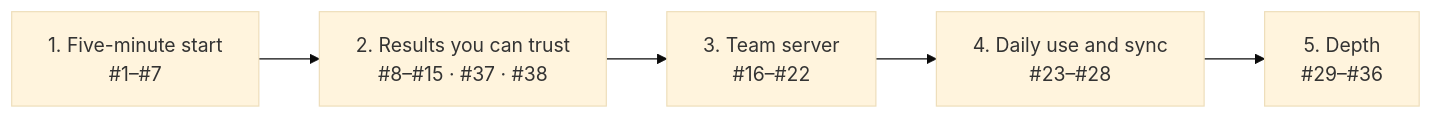
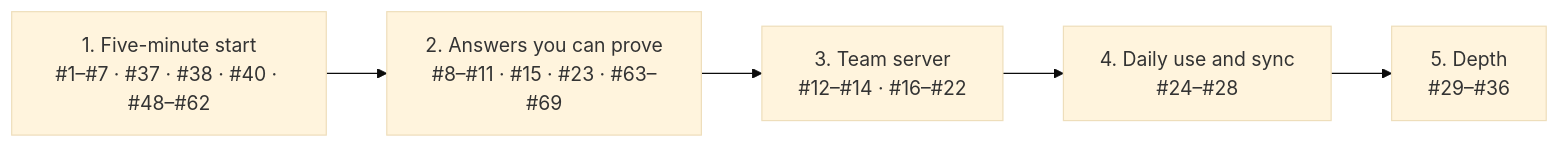
The second of 3 diagrams in docs/IMPROVEMENTS.md (boudou/StrataKB), drawn with Mermaid (base theme) before and after one commit. The commit also changed other lines of this file and 1 other file, not shown here.

Commit message:
Add the roadmap to the README and plan milestone 2 around answers you can prove (#71)

````diff
--- a/docs/IMPROVEMENTS.md
+++ b/docs/IMPROVEMENTS.md
@@ -45,7 +46,7 @@
 ```mermaid
 flowchart LR
-    m1["1. Five-minute start<br/>#1–#7"] --> m2["2. Results you can trust<br/>#8–#15 · #37 · #38"]
-    m2 --> m3["3. Team server<br/>#16–#22"]
-    m3 --> m4["4. Daily use and sync<br/>#23–#28"]
+    m1["1. Five-minute start<br/>#1–#7 · #37 · #38 · #40 · #48–#62"] --> m2["2. Answers you can prove<br/>#8–#11 · #15 · #23 · #63–#69"]
+    m2 --> m3["3. Team server<br/>#12–#14 · #16–#22"]
+    m3 --> m4["4. Daily use and sync<br/>#24–#28"]
     m4 --> m5["5. Depth<br/>#29–#36"]
 ```
````
